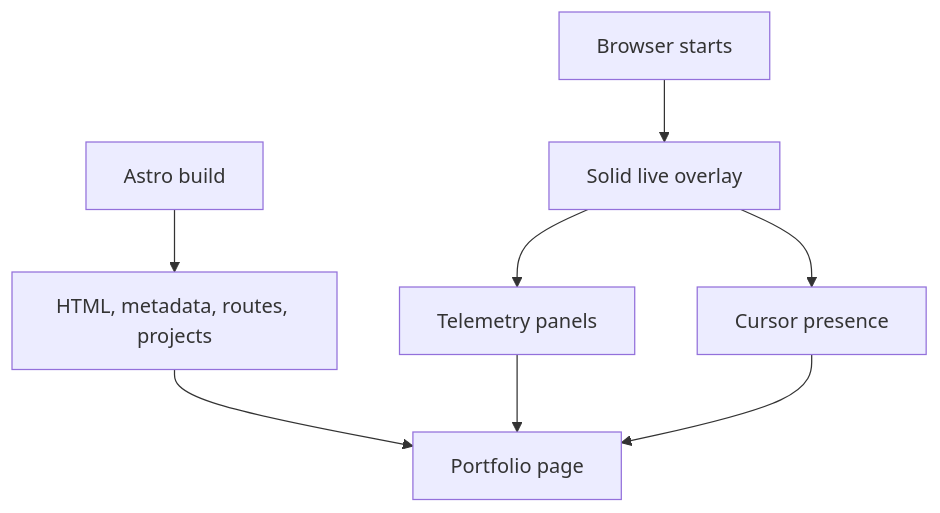
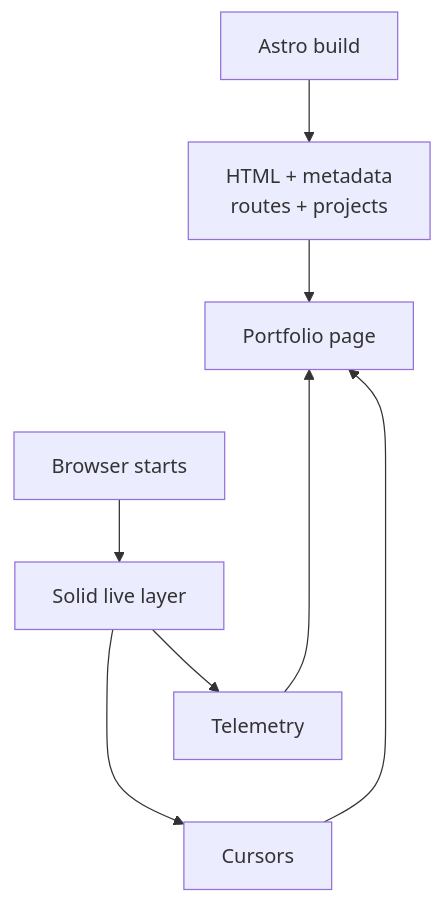
One commit to ErickCReis/ErickCReis changed the diagram in web/content/blog/astro-static-shell-solid-live-layer.mdx. Above: the diagram before and after it, drawn with Mermaid. The commit also changed 21 other files, not shown here.

First line of the commit message:
Improve Mermaid diagram readability across blog posts

````diff
--- a/web/content/blog/astro-static-shell-solid-live-layer.mdx
+++ b/web/content/blog/astro-static-shell-solid-live-layer.mdx
@@ -36,11 +36,13 @@
 ```mermaid center
 flowchart TB
-  Build["Astro build"] --> Document["HTML, metadata, routes, projects"]
+  Build["Astro build"] --> Document["HTML + metadata<br/>routes + projects"]
   Document --> Page["Portfolio page"]
 
-  Browser["Browser starts"] --> Island["Solid live overlay"]
-  Island --> Telemetry["Telemetry panels"]
-  Island --> Cursors["Cursor presence"]
+  Browser["Browser starts"] --> Island["Solid live layer"]
+  Page ~~~ Browser
+  Island --> Telemetry["Telemetry"]
+  Island --> Cursors["Cursors"]
+  Telemetry ~~~ Cursors
   Telemetry --> Page
   Cursors --> Page
 ```
````
